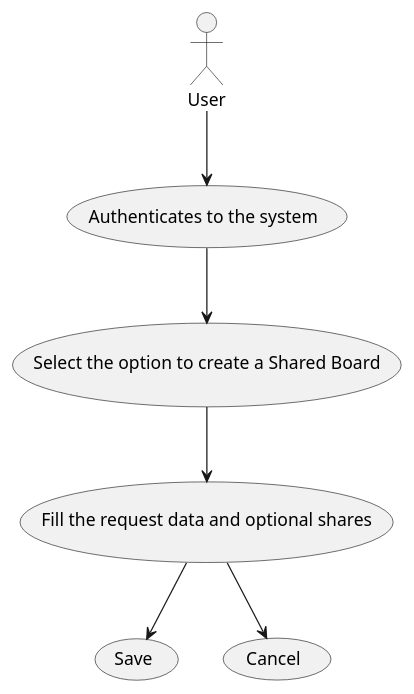
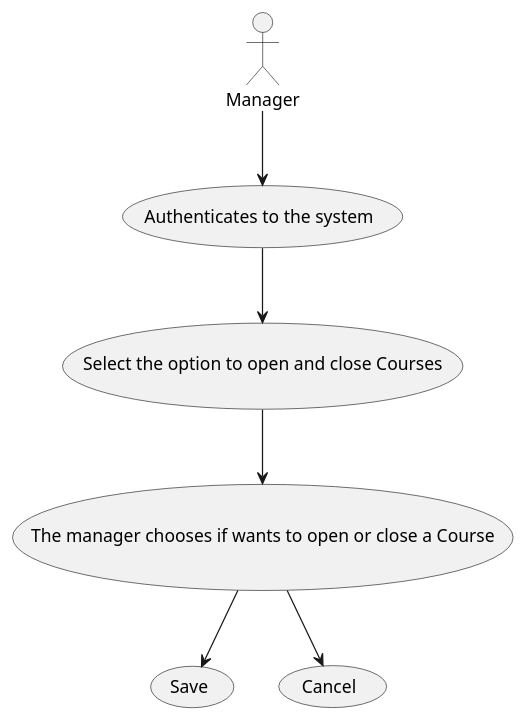
The diagram in docs/SPRINT B/US3002/Use_Case_Diagram.puml (mascenso/isep-sem4-lapr4), drawn with PlantUML before and after one commit.

Commit message:
[SprintB][US1004] - Use Case Diagram creation

```diff
--- a/docs/SPRINT B/US3002/Use_Case_Diagram.puml
+++ b/docs/SPRINT B/US3002/Use_Case_Diagram.puml
@@ -1,16 +1,16 @@
 @startuml
 'https://plantuml.com/use-case-diagram
 
 
 
 
-actor User
-    User -down-> (Authenticates to the system)
-    (Authenticates to the system) --> (Select the option to create a Shared Board)
-    (Select the option to create a Shared Board) --> (Fill the request data and optional shares)
+actor Manager
+    Manager -down-> (Authenticates to the system)
+    (Authenticates to the system) --> (Select the option to open and close Courses)
+    (Select the option to open and close Courses) --> (The manager chooses if wants to open or close a Course)
 
-  (Fill the request data and optional shares) --> (Save)
-  (Fill the request data and optional shares) --> (Cancel)
+  (The manager chooses if wants to open or close a Course) --> (Save)
+  (The manager chooses if wants to open or close a Course) --> (Cancel)
 
 
 @enduml
```
